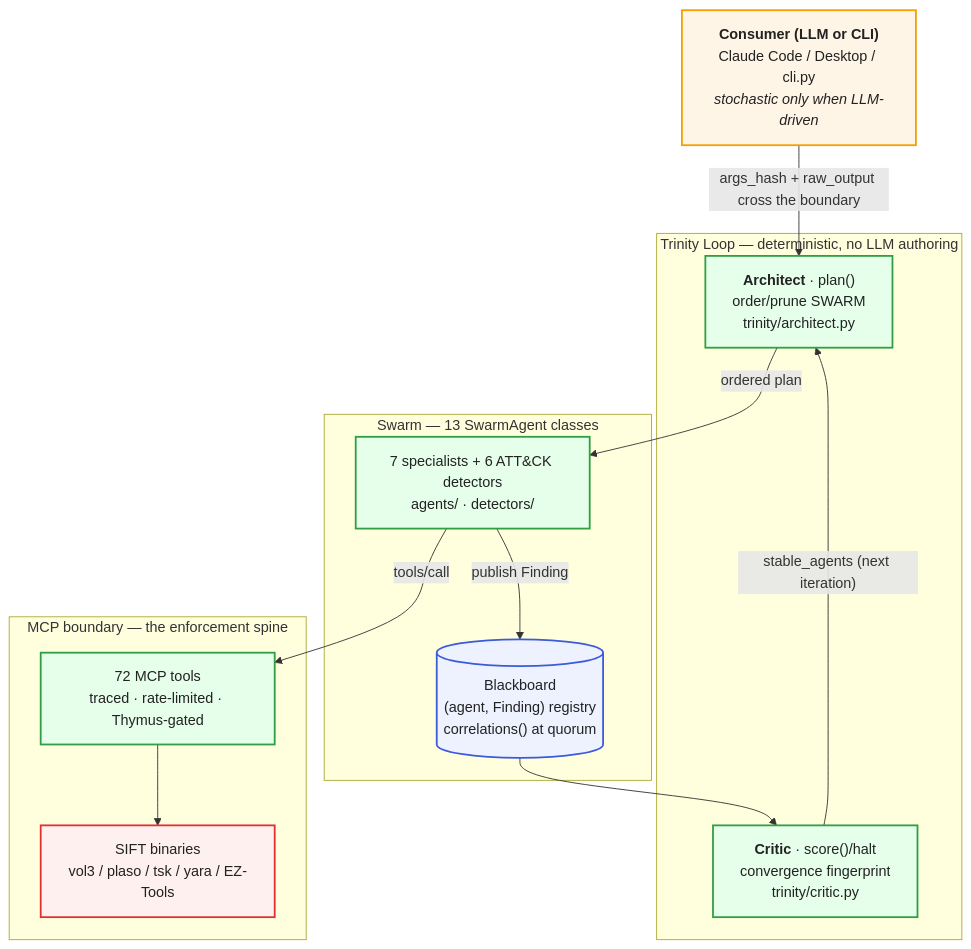
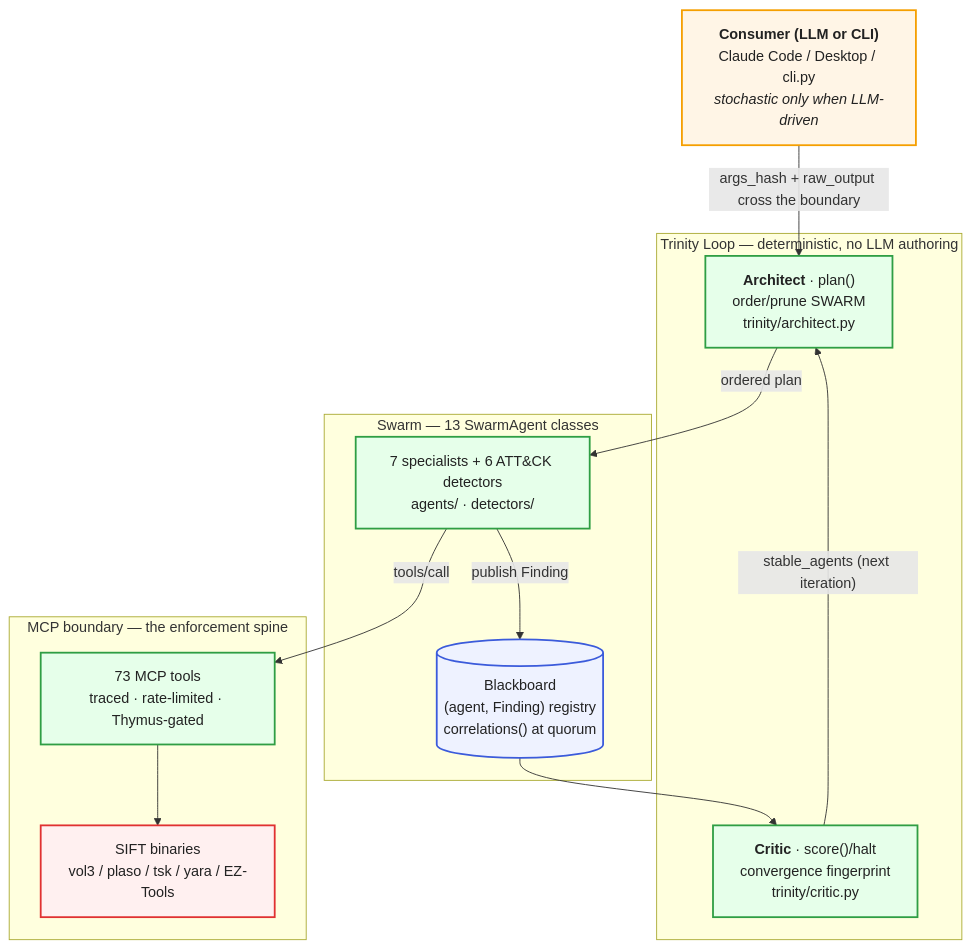
The first of 2 diagrams in README.md (galvangabriel-web/agentropix-mcp), drawn with Mermaid before and after one commit. The commit also changed other lines of this file and 80 other files, not shown here.

````diff
--- a/README.md
+++ b/README.md
@@ -277,32 +277,32 @@
 ```mermaid
 flowchart TB
     classDef stoch fill:#fff5e6,stroke:#f59f00,color:#222,stroke-width:2px
     classDef det fill:#e6ffea,stroke:#2f9e44,color:#222,stroke-width:2px
     classDef anchor fill:#eef2ff,stroke:#3b5bdb,color:#222,stroke-width:2px
     classDef leak fill:#fff0f0,stroke:#e03131,color:#222,stroke-width:2px
 
     LLM["<b>Consumer (LLM or CLI)</b><br/>Claude Code / Desktop / cli.py<br/><i>stochastic only when LLM-driven</i>"]:::stoch
 
     subgraph TR["Trinity Loop — deterministic, no LLM authoring"]
         ARCH["<b>Architect</b> · plan()<br/>order/prune SWARM<br/>trinity/architect.py"]:::det
         CRIT["<b>Critic</b> · score()/halt<br/>convergence fingerprint<br/>trinity/critic.py"]:::det
     end
 
     subgraph SW["Swarm — 13 SwarmAgent classes"]
         AGENTS["7 specialists + 6 ATT&CK detectors<br/>agents/ · detectors/"]:::det
         BB[("Blackboard<br/>(agent, Finding) registry<br/>correlations() at quorum")]:::anchor
     end
 
     subgraph MCP["MCP boundary — the enforcement spine"]
-        TOOLS["72 MCP tools<br/>traced · rate-limited · Thymus-gated"]:::det
+        TOOLS["73 MCP tools<br/>traced · rate-limited · Thymus-gated"]:::det
         BIN["SIFT binaries<br/>vol3 / plaso / tsk / yara / EZ-Tools"]:::leak
     end
 
     LLM -- "args_hash + raw_output cross the boundary" --> ARCH
     ARCH -- "ordered plan" --> AGENTS
     AGENTS -- "publish Finding" --> BB
     AGENTS -- "tools/call" --> TOOLS
     TOOLS --> BIN
     BB --> CRIT
     CRIT -- "stable_agents (next iteration)" --> ARCH
 ```
````
